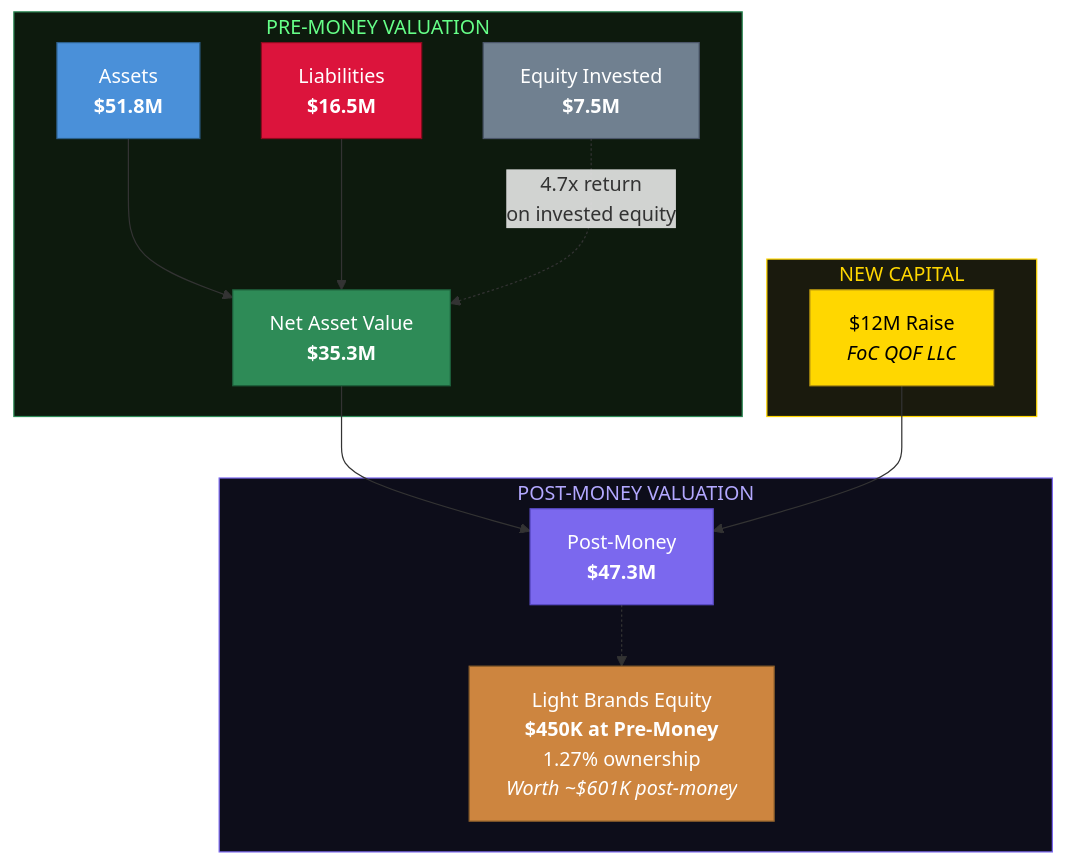
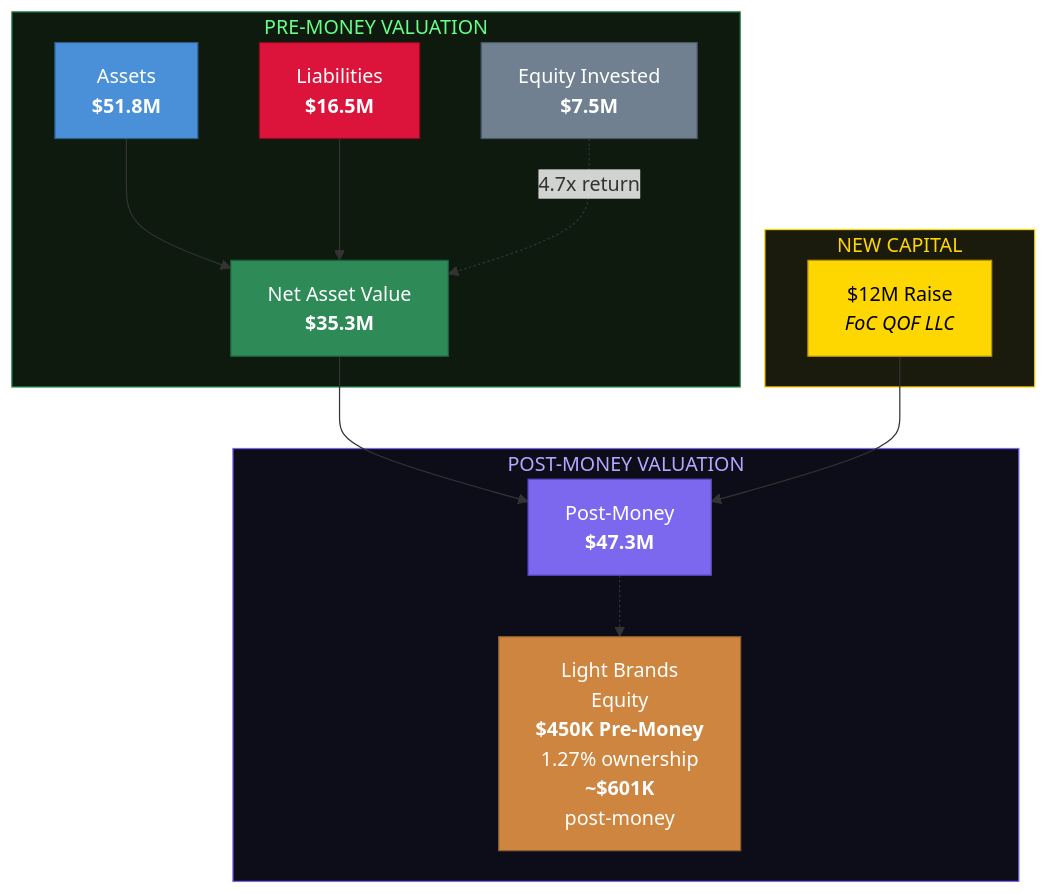
One commit to Light-Brands/brand-factory changed the seventh of 11 diagrams in brands-reorg/cho-ventures-ai/spec/pricing/final-pricing-strategy.md. Above: the diagram before and after it, drawn with Mermaid. The commit also changed other lines of this file and 1 other file, not shown here.

First line of the commit message:
Fix Mermaid diagram text wrapping to prevent label cutoff

````diff
--- a/brands-reorg/cho-ventures-ai/spec/pricing/final-pricing-strategy.md
+++ b/brands-reorg/cho-ventures-ai/spec/pricing/final-pricing-strategy.md
@@ -584,32 +584,32 @@
 ```mermaid
 flowchart TD
     subgraph PREMONEY["PRE-MONEY VALUATION"]
         ASSETS["Assets<br/><b>$51.8M</b>"] --> NAV["Net Asset Value<br/><b>$35.3M</b>"]
         LIAB["Liabilities<br/><b>$16.5M</b>"] --> NAV
-        INVESTED["Equity Invested<br/><b>$7.5M</b>"] -.->|"4.7x return<br/>on invested equity"| NAV
+        INVESTED["Equity Invested<br/><b>$7.5M</b>"] -.->|"4.7x return"| NAV
     end
 
     subgraph RAISE["NEW CAPITAL"]
         NEWCAP["$12M Raise<br/><i>FoC QOF LLC</i>"]
     end
 
     subgraph POSTMONEY["POST-MONEY VALUATION"]
         POSTVAL["Post-Money<br/><b>$47.3M</b>"]
-        LB["Light Brands Equity<br/><b>$450K at Pre-Money</b><br/>1.27% ownership<br/><i>Worth ~$601K post-money</i>"]
+        LB["Light Brands<br/>Equity<br/><b>$450K Pre-Money</b><br/>1.27% ownership<br/><b>~$601K</b><br/>post-money"]
     end
 
     NAV --> POSTVAL
     NEWCAP --> POSTVAL
     POSTVAL -.-> LB
 
     style ASSETS fill:#4A90D9,stroke:#2C5F8A,color:#fff
     style LIAB fill:#DC143C,stroke:#8B0A1E,color:#fff
     style NAV fill:#2E8B57,stroke:#1D5E3A,color:#fff
     style INVESTED fill:#708090,stroke:#4A5568,color:#fff
     style NEWCAP fill:#FFD700,stroke:#B8960F,color:#000
     style POSTVAL fill:#7B68EE,stroke:#5A4BC7,color:#fff
     style LB fill:#CD853F,stroke:#8B5E2B,color:#fff
     style PREMONEY fill:#0d1a0d,stroke:#2E8B57,color:#66ff88
     style RAISE fill:#1a1a0d,stroke:#FFD700,color:#ffd700
     style POSTMONEY fill:#0d0d1a,stroke:#7B68EE,color:#b3a8ff
 ```
````
